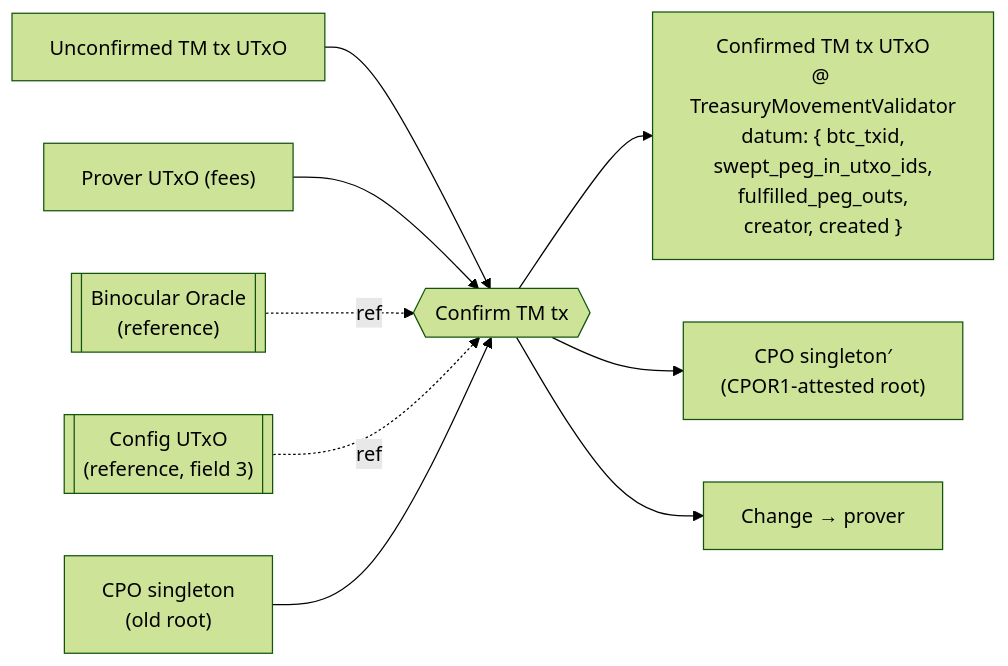
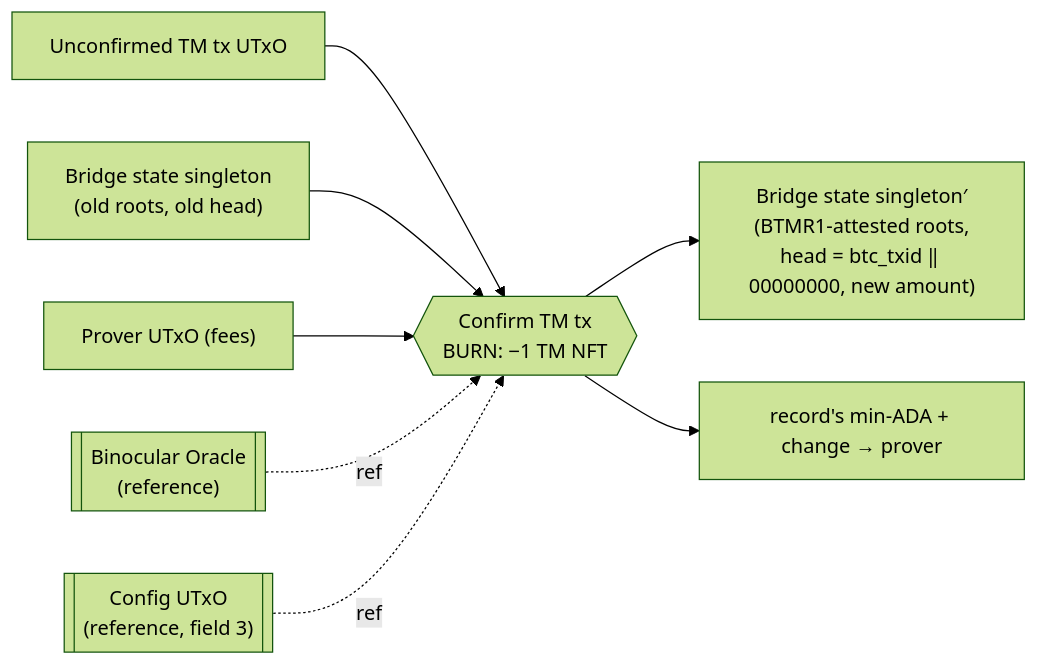
Before and after one commit to rssh/ft-bifrost-bridge: diagram 15 of 20 in documentation/technical_documentation.md, drawn with Mermaid (forest theme). The commit also changed other lines of this file, not shown here.

First line of the commit message:
docs(spec): fold rev 5.4, the bridge state singleton, into the spec

````diff
--- a/documentation/technical_documentation.md
+++ b/documentation/technical_documentation.md
@@ -2045,11 +2346,10 @@
 ```mermaid
 flowchart LR
-  unconf["Unconfirmed TM tx UTxO"] --> tx{{"Confirm TM tx"}}
+  unconf["Unconfirmed TM tx UTxO"] --> tx{{"Confirm TM tx<br/>BURN: −1 TM NFT"}}
+  bss_in["Bridge state singleton<br/>(old roots, old head)"] --> tx
   prover["Prover UTxO (fees)"] --> tx
   binoc[["Binocular Oracle<br/>(reference)"]] -. ref .-> tx
   cfg_ref[["Config UTxO<br/>(reference, field 3)"]] -. ref .-> tx
-  cpo_in["CPO singleton<br/>(old root)"] --> tx
-  tx --> conf["Confirmed TM tx UTxO<br/>@ TreasuryMovementValidator<br/>datum: { btc_txid,<br/>swept_peg_in_utxo_ids,<br/>fulfilled_peg_outs,<br/>creator, created }"]
-  tx --> cpo_out["CPO singleton′<br/>(CPOR1-attested root)"]
-  tx --> change["Change → prover"]
+  tx --> bss_out["Bridge state singleton′<br/>(BTMR1-attested roots,<br/>head = btc_txid ‖ 00000000, new amount)"]
+  tx --> change["record's min-ADA + change → prover"]
 ```
````
